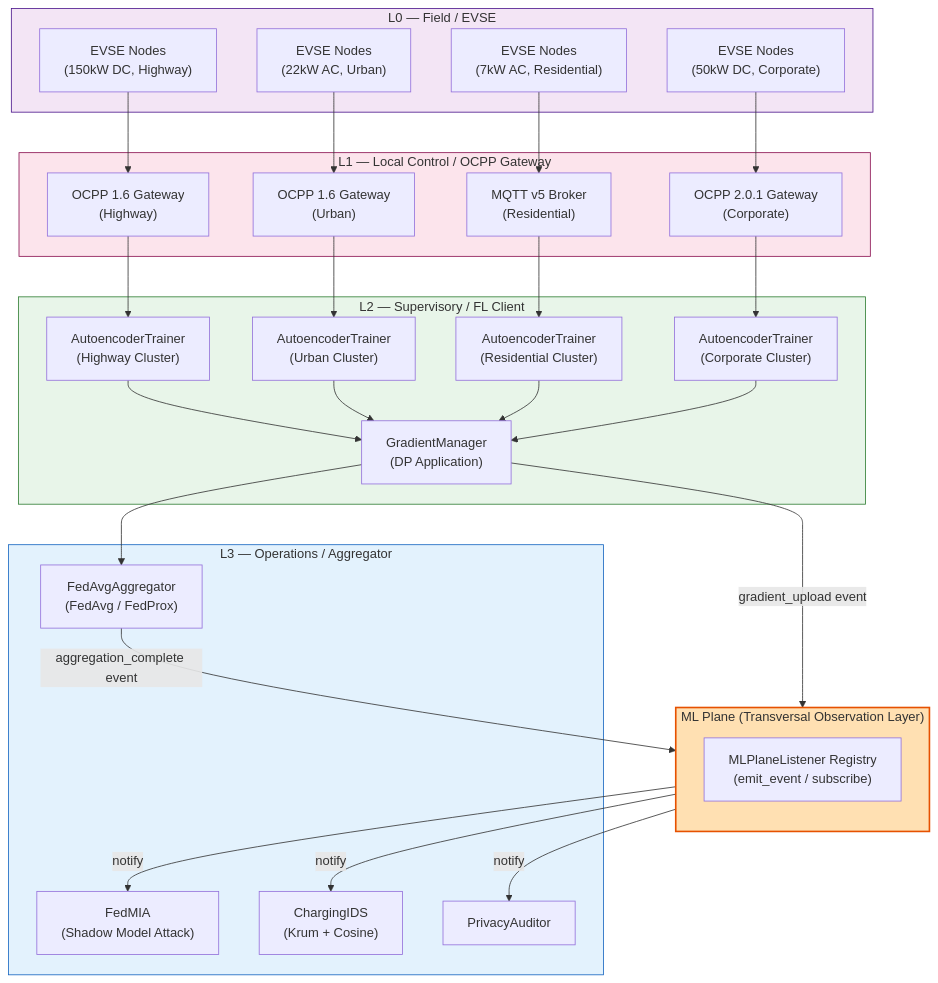
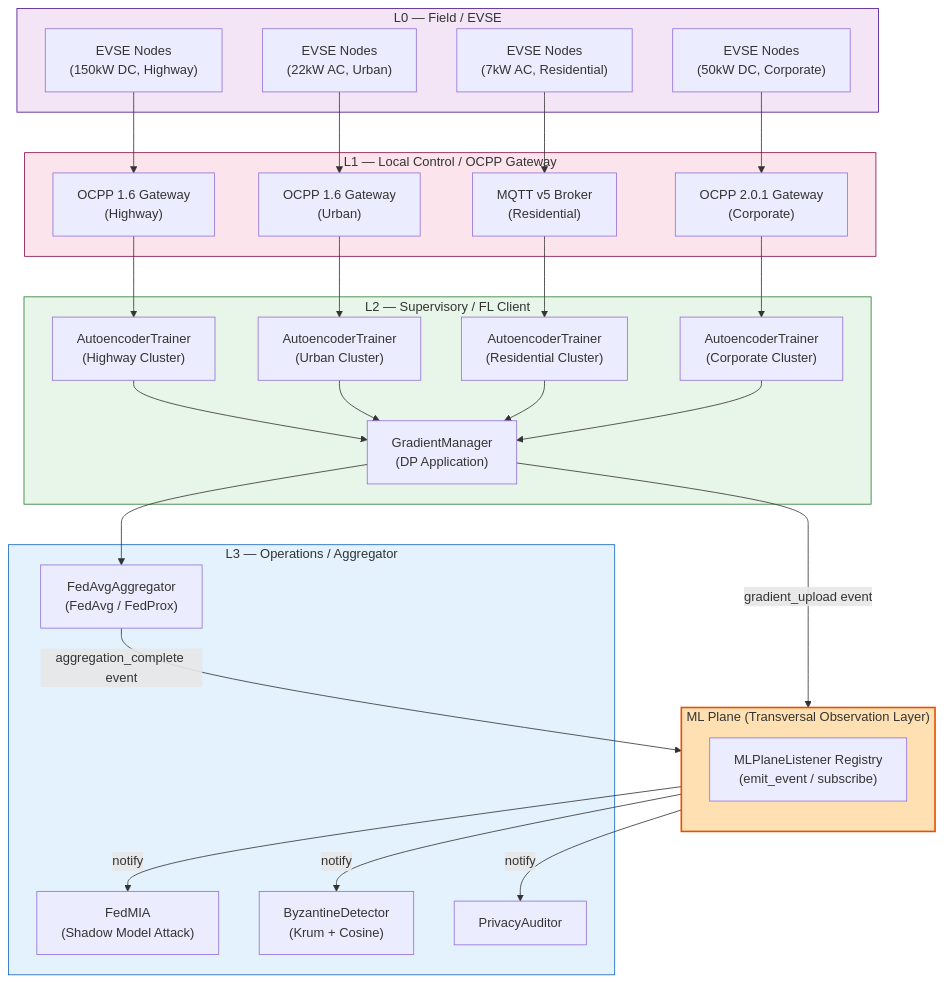
Before and after one commit to susetta85/ChargeShield-FL: the first of 3 diagrams in docs/MLPlane.md, drawn with Mermaid. The commit also changed other lines of this file and 80 other files, not shown here.

First line of the commit message:
Campagna paper completa (task #52) + fix pseudo-replicazione + rename ByzantineDetector

````diff
--- a/docs/MLPlane.md
+++ b/docs/MLPlane.md
@@ -105,66 +156,66 @@
 ```mermaid
 graph TB
     subgraph ML_PLANE ["ML Plane (Transversal Observation Layer)"]
         direction TB
         MLP["MLPlaneListener Registry\n(emit_event / subscribe)"]
     end
 
     subgraph L3 ["L3 — Operations / Aggregator"]
         AGG["FedAvgAggregator\n(FedAvg / FedProx)"]
         FEDMIA["FedMIA\n(Shadow Model Attack)"]
-        CHIDS["ChargingIDS\n(Krum + Cosine)"]
+        CHIDS["ByzantineDetector\n(Krum + Cosine)"]
         AUDITOR["PrivacyAuditor"]
     end
 
     subgraph L2 ["L2 — Supervisory / FL Client"]
         TRAINER_HW["AutoencoderTrainer\n(Highway Cluster)"]
         TRAINER_UR["AutoencoderTrainer\n(Urban Cluster)"]
         TRAINER_RS["AutoencoderTrainer\n(Residential Cluster)"]
         TRAINER_CO["AutoencoderTrainer\n(Corporate Cluster)"]
         GM["GradientManager\n(DP Application)"]
     end
 
     subgraph L1 ["L1 — Local Control / OCPP Gateway"]
         GW_HW["OCPP 1.6 Gateway\n(Highway)"]
         GW_UR["OCPP 1.6 Gateway\n(Urban)"]
         GW_RS["MQTT v5 Broker\n(Residential)"]
         GW_CO["OCPP 2.0.1 Gateway\n(Corporate)"]
     end
 
     subgraph L0 ["L0 — Field / EVSE"]
         EVSE1["EVSE Nodes\n(150kW DC, Highway)"]
         EVSE2["EVSE Nodes\n(22kW AC, Urban)"]
         EVSE3["EVSE Nodes\n(7kW AC, Residential)"]
         EVSE4["EVSE Nodes\n(50kW DC, Corporate)"]
     end
 
     EVSE1 --> GW_HW
     EVSE2 --> GW_UR
     EVSE3 --> GW_RS
     EVSE4 --> GW_CO
 
     GW_HW --> TRAINER_HW
     GW_UR --> TRAINER_UR
     GW_RS --> TRAINER_RS
     GW_CO --> TRAINER_CO
 
     TRAINER_HW --> GM
     TRAINER_UR --> GM
     TRAINER_RS --> GM
     TRAINER_CO --> GM
 
     GM -->|"gradient_upload event"| MLP
     AGG -->|"aggregation_complete event"| MLP
 
     GM --> AGG
 
     MLP -->|notify| FEDMIA
     MLP -->|notify| CHIDS
     MLP -->|notify| AUDITOR
 
     style ML_PLANE fill:#ffe0b2,stroke:#e65100,stroke-width:2px
     style L3 fill:#e3f2fd,stroke:#1565c0
     style L2 fill:#e8f5e9,stroke:#2e7d32
     style L1 fill:#fce4ec,stroke:#880e4f
     style L0 fill:#f3e5f5,stroke:#4a148c
 ```
````
